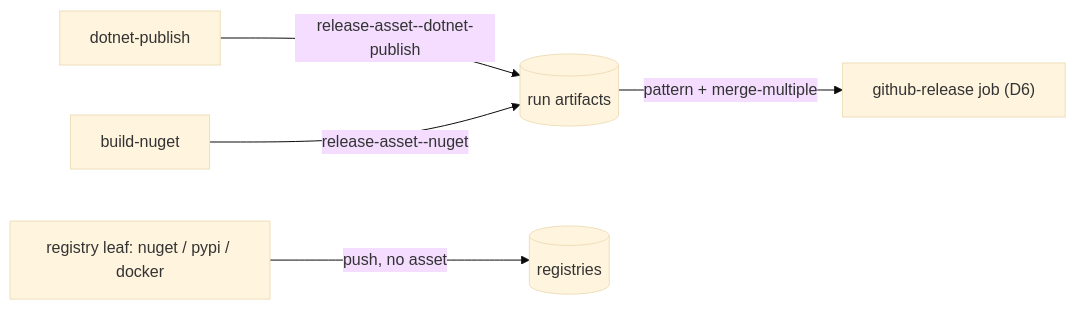
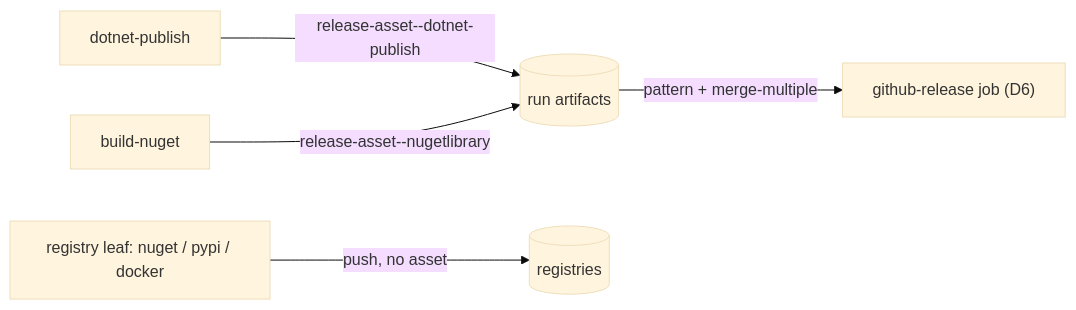
The third of 5 diagrams in WORKFLOW.md (ptr727/ProjectTemplate), drawn with Mermaid (base theme) before and after one commit.

Commit message:
Correct NuGet Artifact Example

````diff
--- a/WORKFLOW.md
+++ b/WORKFLOW.md
@@ -79,7 +79,7 @@
 ```mermaid
 flowchart LR
   dotnet[dotnet-publish] -->|release-asset-<branch>-dotnet-publish| store[(run artifacts)]
-  nuget[build-nuget] -->|release-asset-<branch>-nuget| store
+  nuget[build-nuget] -->|release-asset-<branch>-nugetlibrary| store
   store -->|pattern + merge-multiple| rel["github-release job (D6)"]
   reg[registry leaf: nuget / pypi / docker] -->|push, no asset| registries[(registries)]
 ```
````
